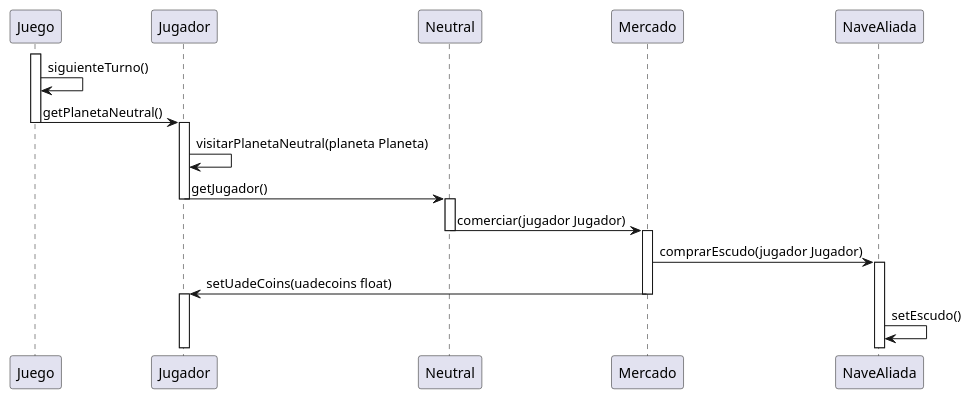
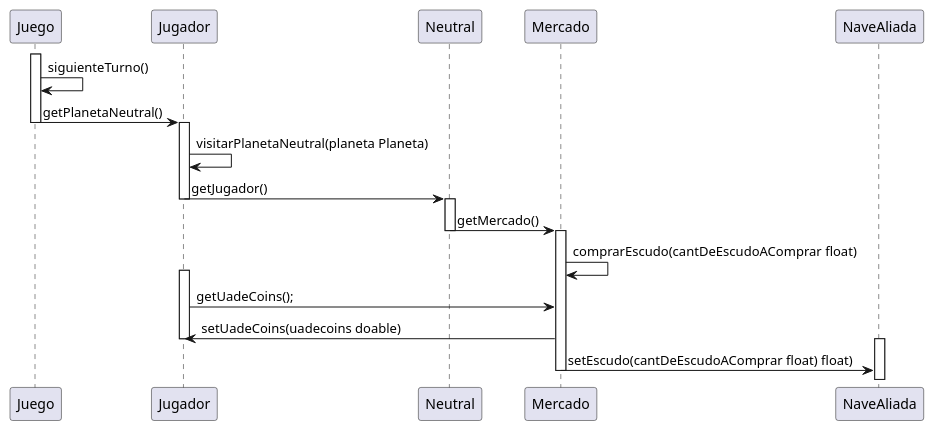
One commit to ianlio-git/LostGalaxy changed the diagram in src/TPO_classDiagram/TPO_SequenceDiagramMarketItem.puml. Above: the diagram before and after it, drawn with PlantUML. The commit also changed 3 other files, not shown here.

```diff
--- a/src/TPO_classDiagram/TPO_SequenceDiagramMarketItem.puml
+++ b/src/TPO_classDiagram/TPO_SequenceDiagramMarketItem.puml
@@ -1,30 +1,35 @@
 @startuml
 participant Juego
 participant Jugador
 participant Neutral
 participant Mercado
 participant NaveAliada
 
 activate Juego
 deactivate Juego
 Juego -> Juego: siguienteTurno()
 Juego -> Jugador: getPlanetaNeutral()
 deactivate Juego
 activate Jugador
 Jugador -> Jugador: visitarPlanetaNeutral(planeta Planeta)
 Jugador -> Neutral: getJugador()
 deactivate Jugador
 activate Neutral
-Neutral -> Mercado: comerciar(jugador Jugador)
+Mercado <- Neutral : getMercado()
 deactivate Neutral
 activate Mercado
 
-Mercado -> NaveAliada: comprarEscudo(jugador Jugador)
+
+
+
+Mercado -> Mercado: comprarEscudo(cantDeEscudoAComprar float)
+activate Jugador
+Jugador -> Mercado: getUadeCoins();
+
+
+Mercado -> Jugador: setUadeCoins(uadecoins doable)
+deactivate Jugador
 activate NaveAliada
-
-Mercado -> Jugador: setUadeCoins(uadecoins float)
+Mercado -> NaveAliada: setEscudo(cantDeEscudoAComprar float) float)
 deactivate Mercado
-activate Jugador
-deactivate Jugador
-NaveAliada -> NaveAliada: setEscudo()
 @enduml
```
